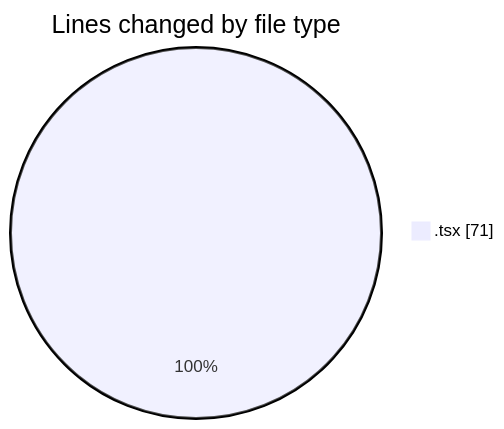
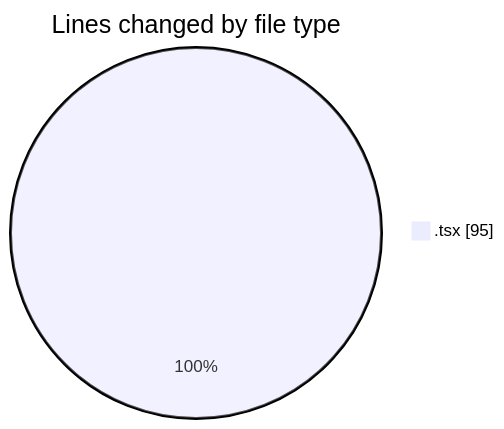
One commit to nxtqubesakshisongat/code-tracking changed the first of 2 diagrams in 2026-02-23/nxtqube_webapp/README.md. Above: the diagram before and after it, drawn with Mermaid. The commit also changed other lines of this file and 1 other file, not shown here.

````diff
--- a/2026-02-23/nxtqube_webapp/README.md
+++ b/2026-02-23/nxtqube_webapp/README.md
@@ -20,5 +20,5 @@
 ```mermaid
 pie showData
 title Lines changed by file type
-".tsx" : 71
+".tsx" : 95
 ```
````
